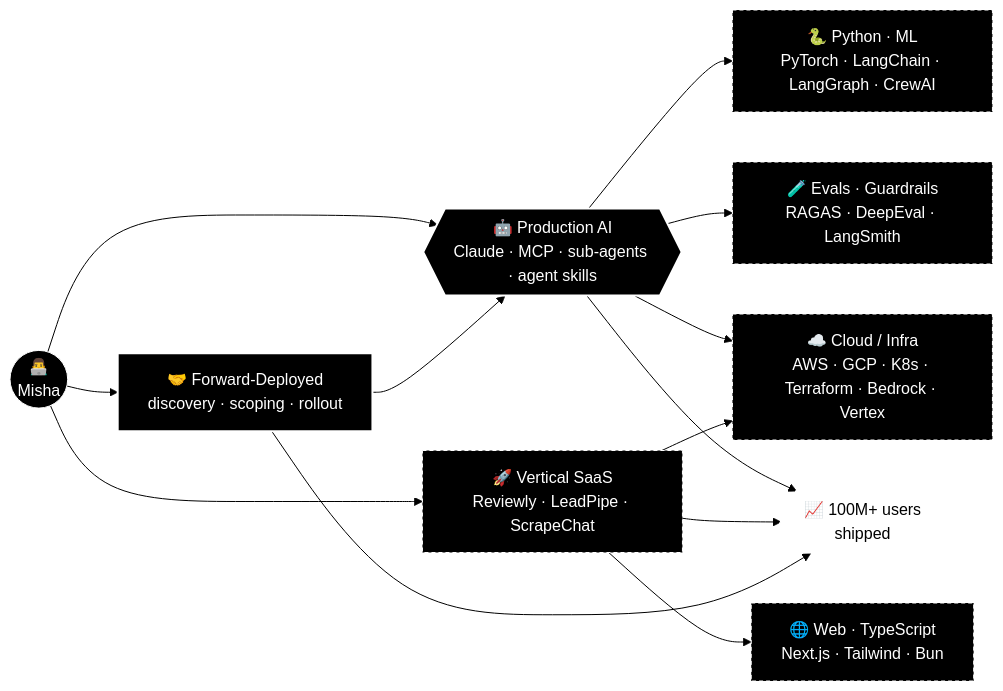
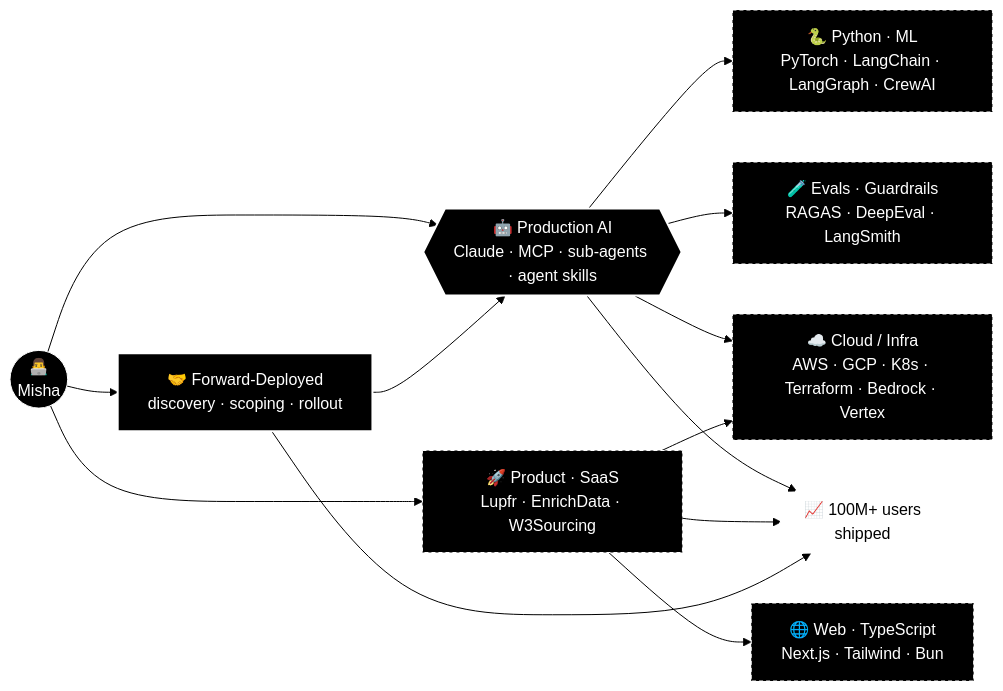
One commit to ml-lubich/ml-lubich changed the first of 3 diagrams in README.md. Above: the diagram before and after it, drawn with Mermaid (forest theme). The commit also changed other lines of this file and 1 other file, not shown here.

````diff
--- a/README.md
+++ b/README.md
@@ -108,34 +101,34 @@
 ```mermaid
 flowchart LR
     ME(("👨‍💻<br/>Misha"))
     AI{{"🤖 Production AI<br/>Claude · MCP · sub-agents · agent skills"}}
     FDE["🤝 Forward-Deployed<br/>discovery · scoping · rollout"]
-    SAAS["🚀 Vertical SaaS<br/>Reviewly · LeadPipe · ScrapeChat"]
+    SAAS["🚀 Product · SaaS<br/>Lupfr · EnrichData · W3Sourcing"]
     WEB["🌐 Web · TypeScript<br/>Next.js · Tailwind · Bun"]
     PY["🐍 Python · ML<br/>PyTorch · LangChain · LangGraph · CrewAI"]
     EVAL["🧪 Evals · Guardrails<br/>RAGAS · DeepEval · LangSmith"]
     INFRA["☁️ Cloud / Infra<br/>AWS · GCP · K8s · Terraform · Bedrock · Vertex"]
     USERS[/"📈 100M+ users<br/>shipped"/]
 
     ME --> FDE
     ME --> AI
     ME --> SAAS
     FDE --> AI
     AI --> PY
     AI --> EVAL
     SAAS --> WEB
     AI --> INFRA
     SAAS --> INFRA
     AI --> USERS
     SAAS --> USERS
     FDE --> USERS
 
     classDef io fill:#000000,stroke:#ffffff,stroke-width:1px,color:#ffffff;
     classDef brain fill:#000000,stroke:#ffffff,stroke-width:2px,color:#ffffff;
     classDef tool fill:#000000,stroke:#ffffff,stroke-width:1px,stroke-dasharray:4 3,color:#ffffff;
     classDef out fill:#ffffff,stroke:#ffffff,stroke-width:1px,color:#000000;
     class ME io;
     class AI,FDE brain;
     class SAAS,WEB,PY,INFRA,EVAL tool;
     class USERS out;
 ```
````
